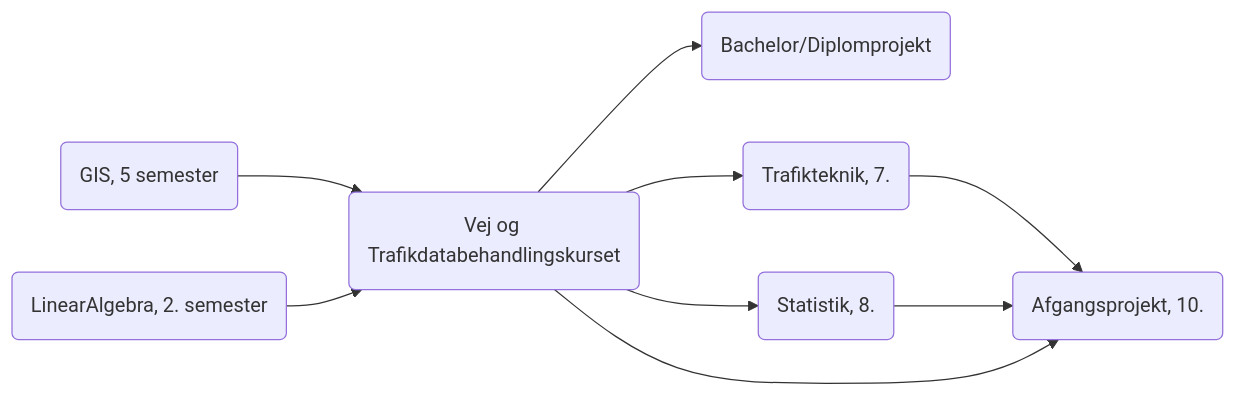
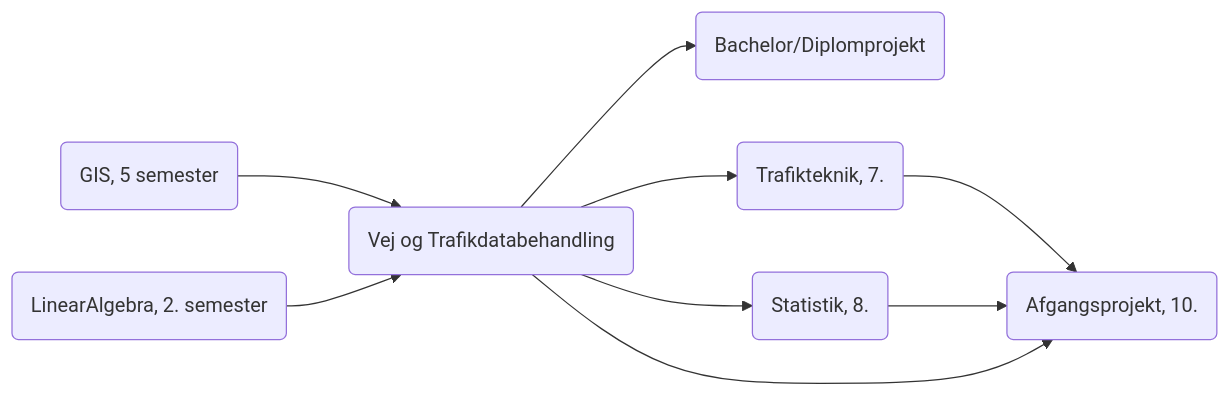
One commit to TRG-BUILD/VTT6 changed the diagram in README.md. Above: the diagram before and after it, drawn with Mermaid.

````diff
--- a/README.md
+++ b/README.md
@@ -7,20 +7,20 @@
 ```mermaid
 flowchart LR;
 
 a(GIS, 5 semester);
 b(LinearAlgebra, 2. semester);
-c(Vej og Trafikdatabehandlingskurset);
+c(Vej og Trafikdatabehandling);
 d(Bachelor/Diplomprojekt);
 e(Trafikteknik, 7.);
 f(Statistik, 8.);
 g(Afgangsprojekt, 10.);
 
 a-->c;
 b-->c;
 c-->d;
 c-->e;
 c-->f;
 e-->g;
 f-->g;
 c-->g;
 ```
````
